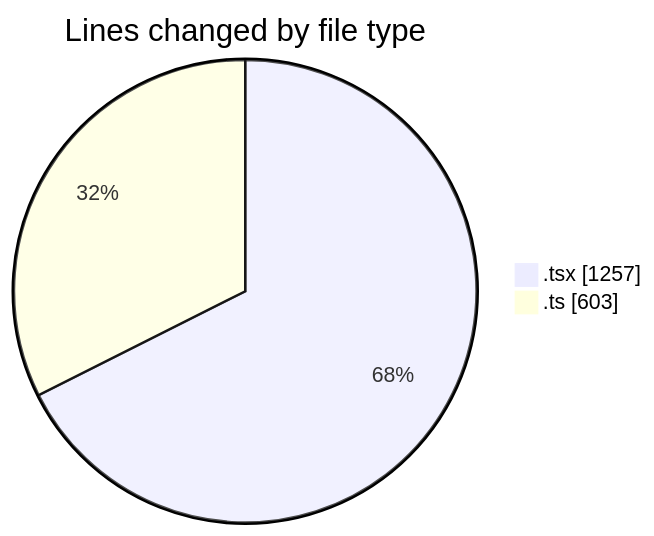
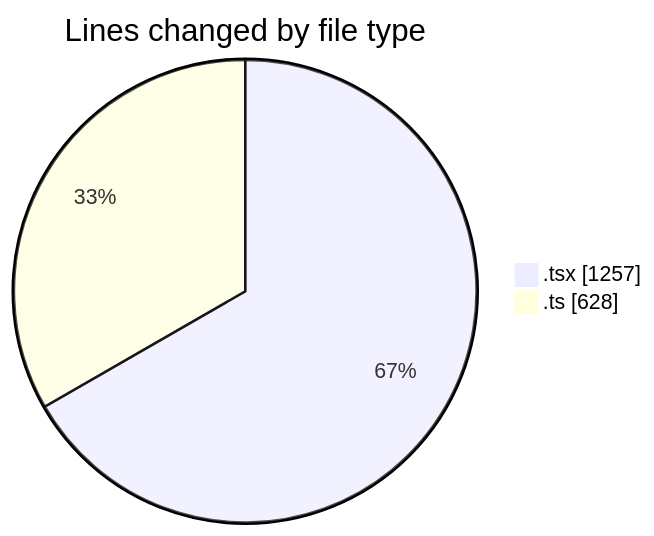
One commit to nxtqubesakshisongat/code-tracking changed the first of 2 diagrams in 2026-05-03/nxtqube_webapp/README.md. Above: the diagram before and after it, drawn with Mermaid. The commit also changed other lines of this file and 1 other file, not shown here.

````diff
--- a/2026-05-03/nxtqube_webapp/README.md
+++ b/2026-05-03/nxtqube_webapp/README.md
@@ -21,6 +21,6 @@
 ```mermaid
 pie showData
 title Lines changed by file type
 ".tsx" : 1257
-".ts" : 603
+".ts" : 628
 ```
````
